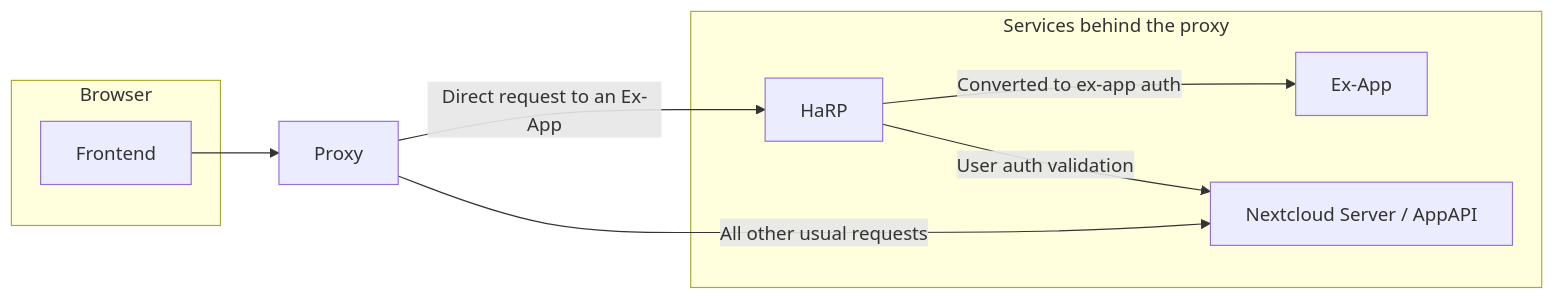
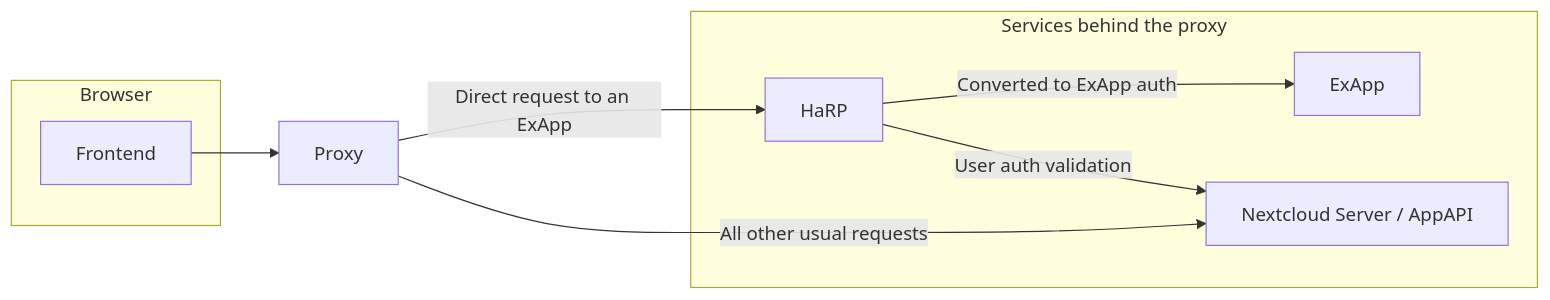
One commit to nextcloud/documentation changed the second of 2 diagrams in admin_manual/exapps_management/AppAPIAndExternalApps.rst. Above: the diagram before and after it, drawn with Mermaid. The commit also changed other lines of this file and 1 other file, not shown here.

Commit message:
fix: Ex-App -> ExApp

```diff
--- a/admin_manual/exapps_management/AppAPIAndExternalApps.rst
+++ b/admin_manual/exapps_management/AppAPIAndExternalApps.rst
@@ -144,19 +144,19 @@
 .. mermaid::
 
 	graph LR;
 		subgraph Browser
 			A[Frontend]
 		end
 
 		B[Proxy]
 
 		subgraph Services behind the proxy
 			C[HaRP]
-			D[Ex-App]
+			D[ExApp]
 			E[Nextcloud Server / AppAPI]
 		end
 
 		B --All other usual requests--> E
 		A --> B
-		B --Direct request to an Ex-App--> C --Converted to ex-app auth--> D
+		B --Direct request to an ExApp--> C --Converted to ExApp auth--> D
 		C --User auth validation--> E
```
